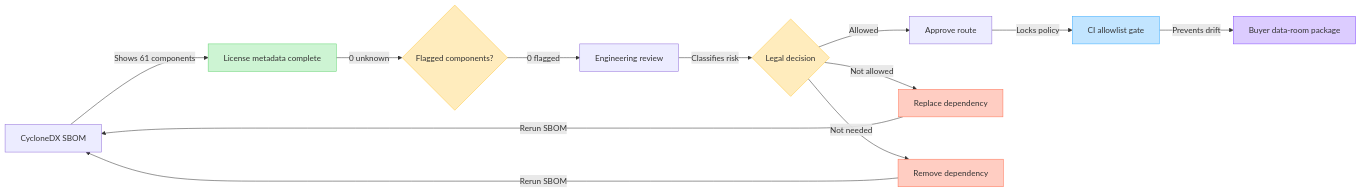
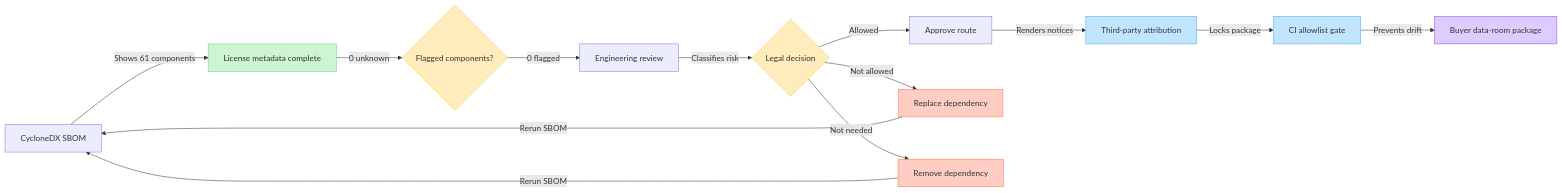
One commit to ContextualWisdomLab/clearfolio changed the tenth of 19 diagrams in docs/design/2026-07-02-buyer-demo-kpi-figjam-handoff.md. Above: the diagram before and after it, drawn with Mermaid. The commit also changed 13 other files, not shown here.

Commit message:
Add buyer attribution drift gate

````diff
--- a/docs/design/2026-07-02-buyer-demo-kpi-figjam-handoff.md
+++ b/docs/design/2026-07-02-buyer-demo-kpi-figjam-handoff.md
@@ -577,33 +577,36 @@
 ```mermaid
 flowchart LR
     sbom["CycloneDX SBOM"]
     metadata["License metadata complete"]
     flagged{"Flagged components?"}
     review["Engineering review"]
     legal{"Legal decision"}
     approve["Approve route"]
+    attribution["Third-party attribution"]
     replace["Replace dependency"]
     remove["Remove dependency"]
     gate["CI allowlist gate"]
     buyer["Buyer data-room package"]
 
     sbom -->|"Shows 61 components"| metadata
     metadata -->|"0 unknown"| flagged
     flagged -->|"0 flagged"| review
     review -->|"Classifies risk"| legal
     legal -->|"Allowed"| approve
     legal -->|"Not allowed"| replace
     legal -->|"Not needed"| remove
-    approve -->|"Locks policy"| gate
+    approve -->|"Renders notices"| attribution
+    attribution -->|"Locks package"| gate
     replace -->|"Rerun SBOM"| sbom
     remove -->|"Rerun SBOM"| sbom
     gate -->|"Prevents drift"| buyer
 
     style metadata fill:#CDF4D3,stroke:#66D575
     style flagged fill:#FFECBD,stroke:#FFC943
     style legal fill:#FFECBD,stroke:#FFC943
     style replace fill:#FFCDC2,stroke:#FF7556
     style remove fill:#FFCDC2,stroke:#FF7556
+    style attribution fill:#C2E5FF,stroke:#3DADFF
     style gate fill:#C2E5FF,stroke:#3DADFF
     style buyer fill:#DCCCFF,stroke:#874FFF
 ```
````
